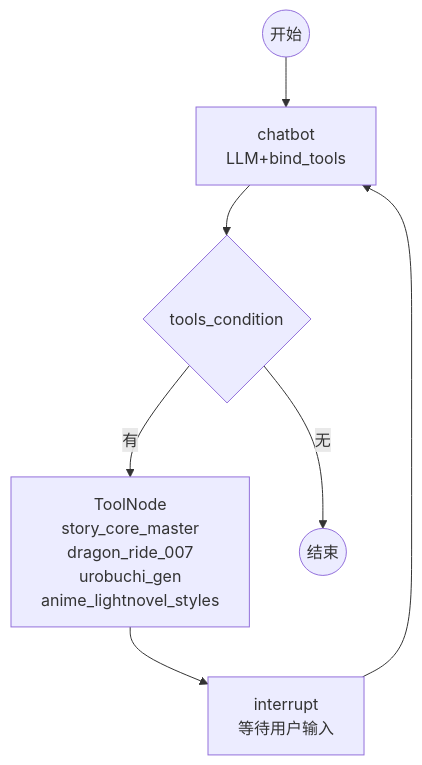
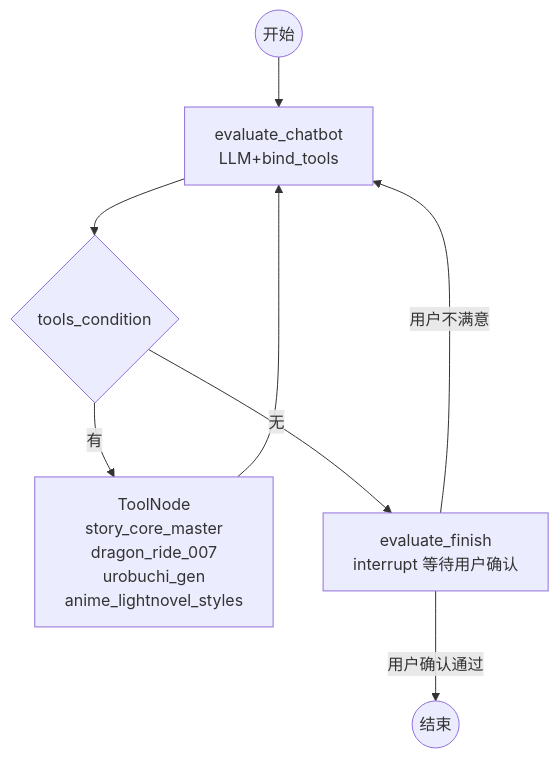
Before and after one commit to 30998772/novelist: the diagram in langgraph-writer/docs/subgraph_评估.mmd, drawn with Mermaid. The commit also changed 30 other files, not shown here.

```diff
--- a/langgraph-writer/docs/subgraph_评估.mmd
+++ b/langgraph-writer/docs/subgraph_评估.mmd
@@ -1,7 +1,8 @@
 graph TB
-    START((开始)) --> CHATBOT["chatbot<br/>LLM+bind_tools"]
+    START((开始)) --> CHATBOT["evaluate_chatbot<br/>LLM+bind_tools"]
     CHATBOT --> TC{"tools_condition"}
     TC -- "有" --> TOOLS["ToolNode<br/>story_core_master<br/>dragon_ride_007<br/>urobuchi_gen<br/>anime_lightnovel_styles"]
-    TC -- "无" --> END((结束))
-    TOOLS --> INTERRUPT["interrupt<br/>等待用户输入"]
-    INTERRUPT --> CHATBOT
+    TC -- "无" --> FINISH["evaluate_finish<br/>interrupt 等待用户确认"]
+    TOOLS --> CHATBOT
+    FINISH -- "用户确认通过" --> END((结束))
+    FINISH -- "用户不满意" --> CHATBOT
```
